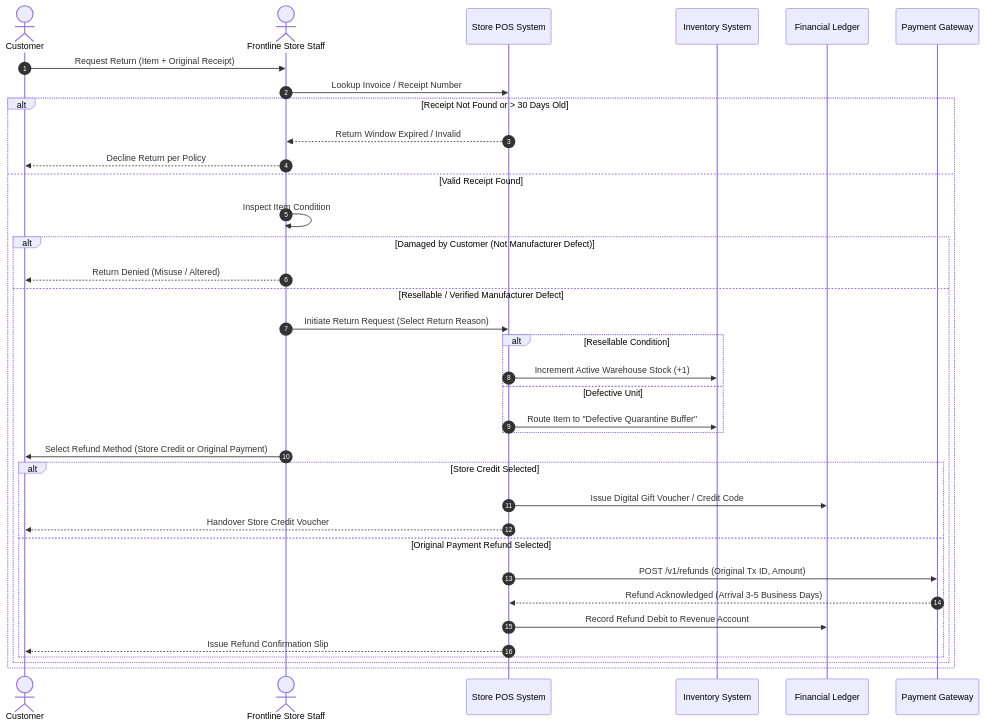
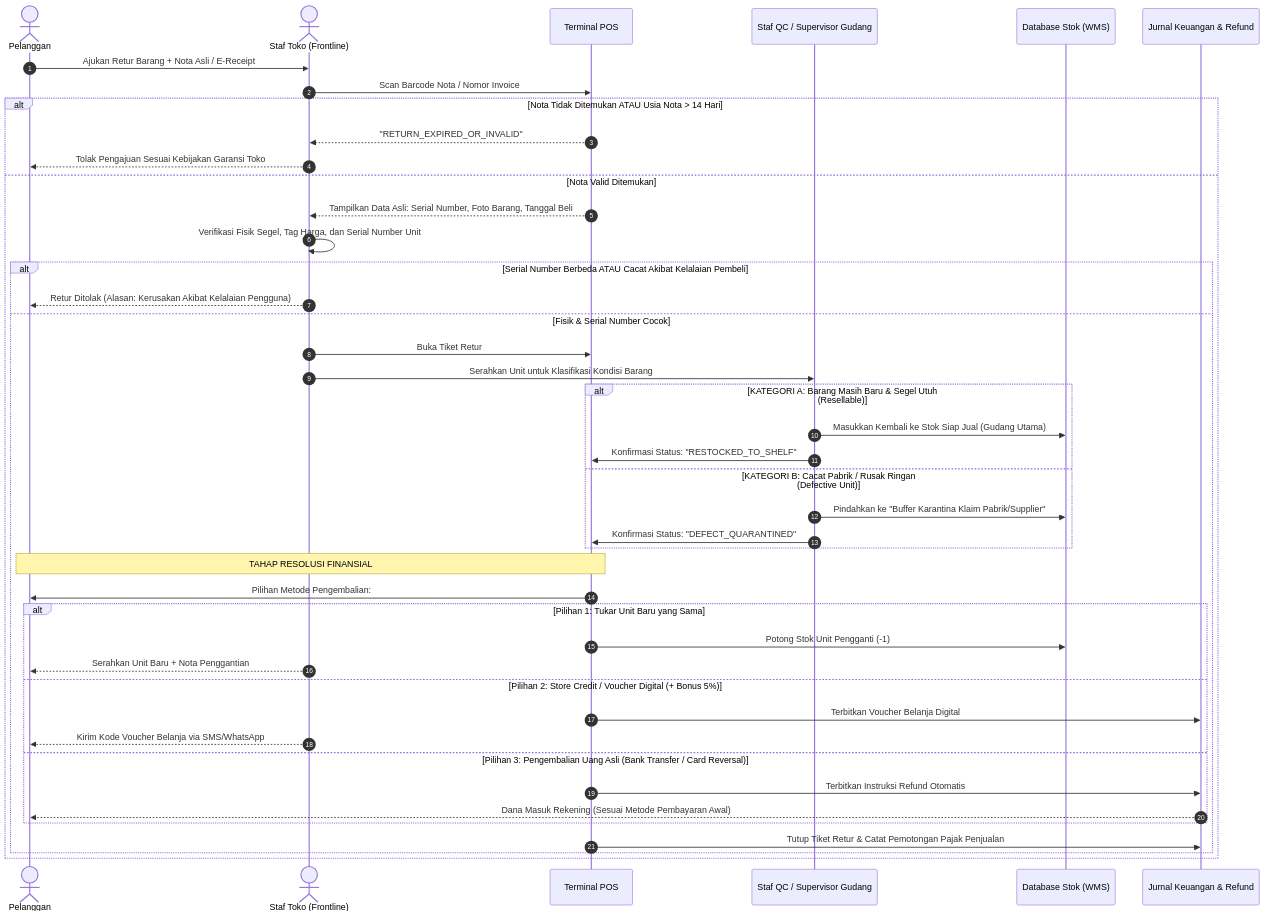
Before and after one commit to reviveproject4-source/visual-business-flows: the diagram in 01-retail-and-pos/returns-and-refunds.md, drawn with Mermaid. The commit also changed other lines of this file and 4 other files, not shown here.

````diff
--- a/01-retail-and-pos/returns-and-refunds.md
+++ b/01-retail-and-pos/returns-and-refunds.md
@@ -10,41 +19,52 @@
 ```mermaid
 sequenceDiagram
     autonumber
-    actor Customer as Customer
-    actor Staff as Frontline Store Staff
-    participant POS as Store POS System
-    participant Inventory as Inventory System
-    participant Accounting as Financial Ledger
-    participant Gateway as Payment Gateway
+    actor Customer as Pelanggan
+    actor Staff as Staf Toko (Frontline)
+    participant POS as Terminal POS
+    participant QC as Staf QC / Supervisor Gudang
+    participant Inventory as Database Stok (WMS)
+    participant Accounting as Jurnal Keuangan & Refund
 
-    Customer->>Staff: Request Return (Item + Original Receipt)
-    Staff->>POS: Lookup Invoice / Receipt Number
+    Customer->>Staff: Ajukan Retur Barang + Nota Asli / E-Receipt
+    Staff->>POS: Scan Barcode Nota / Nomor Invoice
     
-    alt Receipt Not Found or > 30 Days Old
-        POS-->>Staff: Return Window Expired / Invalid
-        Staff-->>Customer: Decline Return per Policy
-    else Valid Receipt Found
-        Staff->>Staff: Inspect Item Condition
-        alt Damaged by Customer (Not Manufacturer Defect)
-            Staff-->>Customer: Return Denied (Misuse / Altered)
-        else Resellable / Verified Manufacturer Defect
-            Staff->>POS: Initiate Return Request (Select Return Reason)
-            alt Resellable Condition
-                POS->>Inventory: Increment Active Warehouse Stock (+1)
-            else Defective Unit
-                POS->>Inventory: Route Item to "Defective Quarantine Buffer"
+    alt Nota Tidak Ditemukan ATAU Usia Nota > 14 Hari
+        POS-->>Staff: "RETURN_EXPIRED_OR_INVALID"
+        Staff-->>Customer: Tolak Pengajuan Sesuai Kebijakan Garansi Toko
+    else Nota Valid Ditemukan
+        POS-->>Staff: Tampilkan Data Asli: Serial Number, Foto Barang, Tanggal Beli
+        Staff->>Staff: Verifikasi Fisik Segel, Tag Harga, dan Serial Number Unit
+        
+        alt Serial Number Berbeda ATAU Cacat Akibat Kelalaian Pembeli
+            Staff-->>Customer: Retur Ditolak (Alasan: Kerusakan Akibat Kelalaian Pengguna)
+        else Fisik & Serial Number Cocok
+            Staff->>POS: Buka Tiket Retur #RET-882 (Input Alasan Retur)
+            Staff->>QC: Serahkan Unit untuk Klasifikasi Kondisi Barang
+            
+            alt KATEGORI A: Barang Masih Baru & Segel Utuh (Resellable)
+                QC->>Inventory: Masukkan Kembali ke Stok Siap Jual (Gudang Utama)
+                QC->>POS: Konfirmasi Status: "RESTOCKED_TO_SHELF"
+            else KATEGORI B: Cacat Pabrik / Rusak Ringan (Defective Unit)
+                QC->>Inventory: Pindahkan ke "Buffer Karantina Klaim Pabrik/Supplier"
+                QC->>POS: Konfirmasi Status: "DEFECT_QUARANTINED"
             end
 
-            Staff->>Customer: Select Refund Method (Store Credit or Original Payment)
-            alt Store Credit Selected
-                POS->>Accounting: Issue Digital Gift Voucher / Credit Code
-                POS-->>Customer: Handover Store Credit Voucher
-            else Original Payment Refund Selected
-                POS->>Gateway: POST /v1/refunds (Original Tx ID, Amount)
-                Gateway-->>POS: Refund Acknowledged (Arrival 3-5 Business Days)
-                POS->>Accounting: Record Refund Debit to Revenue Account
-                POS-->>Customer: Issue Refund Confirmation Slip
+            Note over POS,Customer: TAHAP RESOLUSI FINANSIAL
+            POS->>Customer: Pilihan Metode Pengembalian:
+            
+            alt Pilihan 1: Tukar Unit Baru yang Sama
+                POS->>Inventory: Potong Stok Unit Pengganti (-1)
+                Staff-->>Customer: Serahkan Unit Baru + Nota Penggantian
+            else Pilihan 2: Store Credit / Voucher Digital (+ Bonus 5%)
+                POS->>Accounting: Terbitkan Voucher Belanja Digital
+                Staff-->>Customer: Kirim Kode Voucher Belanja via SMS/WhatsApp
+            else Pilihan 3: Pengembalian Uang Asli (Bank Transfer / Card Reversal)
+                POS->>Accounting: Terbitkan Instruksi Refund Otomatis
+                Accounting-->>Customer: Dana Masuk Rekening (Sesuai Metode Pembayaran Awal)
             end
+            
+            POS->>Accounting: Tutup Tiket Retur & Catat Pemotongan Pajak Penjualan
         end
     end
 ```
````
